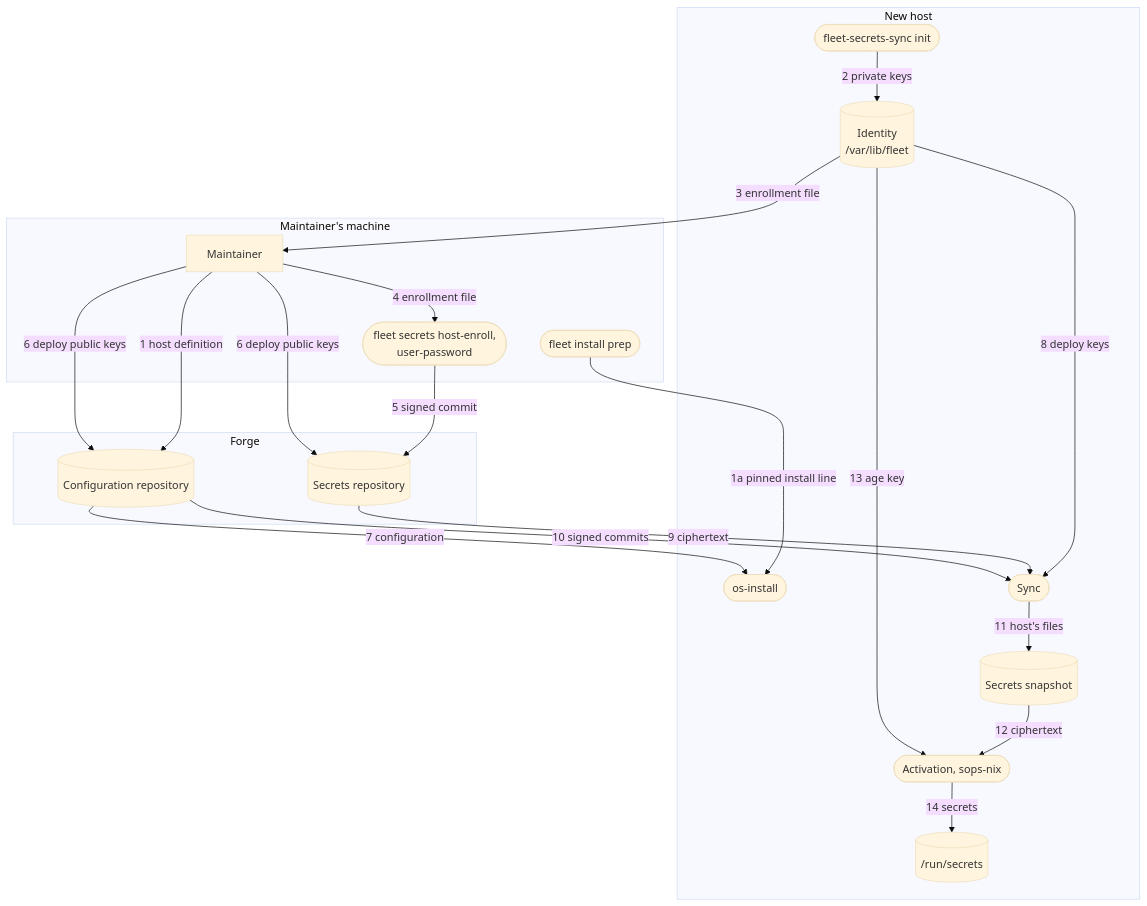
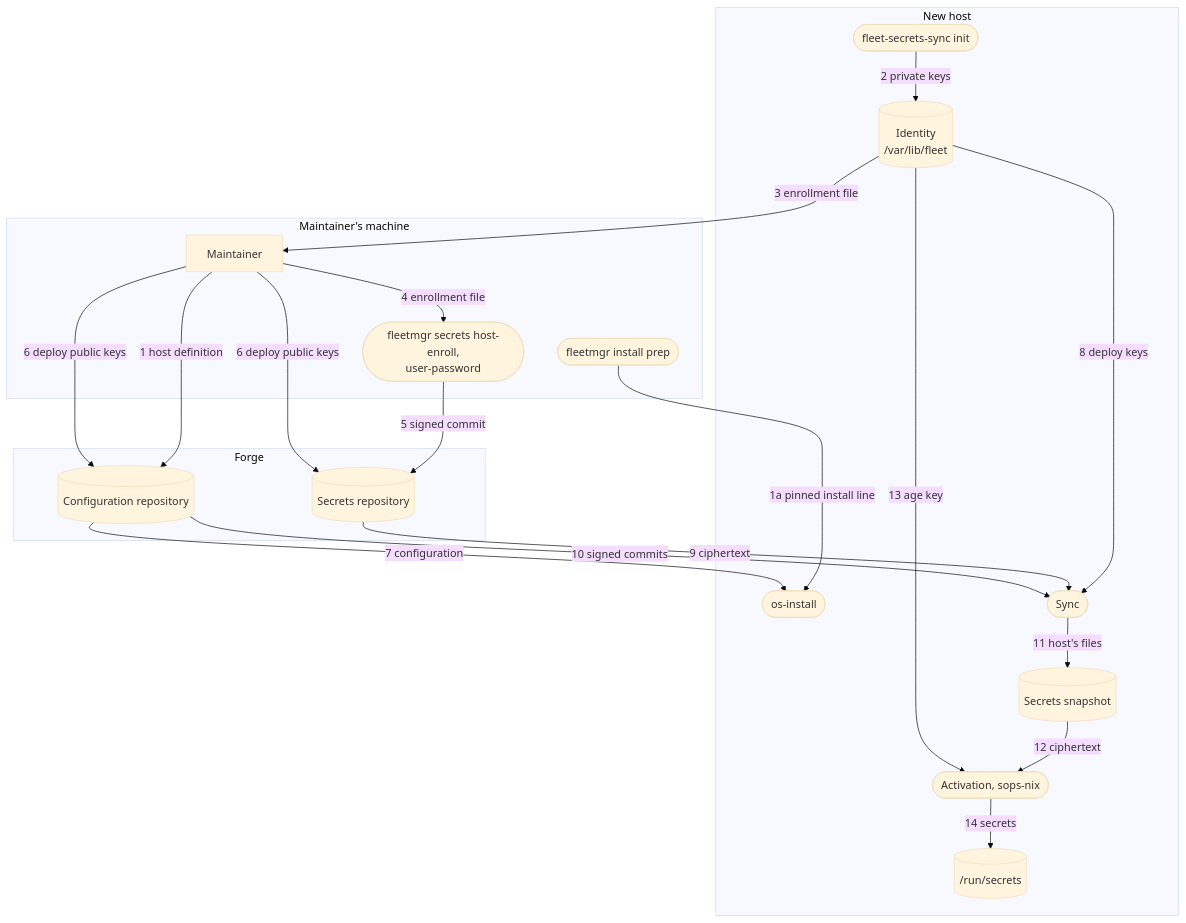
The diagram in docs/installing.md (nnishant776/fleet-manager), drawn with Mermaid (base theme) before and after one commit. The commit also changed other lines of this file and 149 other files, not shown here.

````diff
--- a/docs/installing.md
+++ b/docs/installing.md
@@ -185,38 +185,38 @@
 ```mermaid
 flowchart TB
     subgraph maintainer["Maintainer's machine"]
         you["Maintainer"]
-        prep(["fleet install prep"])
-        enroll(["fleet secrets host-enroll,<br/>user-password"])
+        prep(["fleetmgr install prep"])
+        enroll(["fleetmgr secrets host-enroll,<br/>user-password"])
     end
     subgraph forge["Forge"]
         secrets[("Secrets repository")]
         config[("Configuration repository")]
     end
     subgraph host["New host"]
         init(["fleet-secrets-sync init"])
         identity[("Identity<br/>/var/lib/fleet")]
         install(["os-install"])
         sync(["Sync"])
         snapshot[("Secrets snapshot")]
         activation(["Activation, sops-nix"])
         decrypted[("/run/secrets")]
     end
 
     you -- "1 host definition" --> config
     prep -- "1a pinned install line" --> install
     init -- "2 private keys" --> identity
     identity -- "3 enrollment file" --> you
     you -- "4 enrollment file" --> enroll
     enroll -- "5 signed commit" --> secrets
     you -- "6 deploy public keys" --> secrets
     you -- "6 deploy public keys" --> config
     config -- "7 configuration" --> install
     identity -- "8 deploy keys" --> sync
     secrets -- "9 ciphertext" --> sync
     config -- "10 signed commits" --> sync
     sync -- "11 host's files" --> snapshot
     snapshot -- "12 ciphertext" --> activation
     identity -- "13 age key" --> activation
     activation -- "14 secrets" --> decrypted
 ```
````
